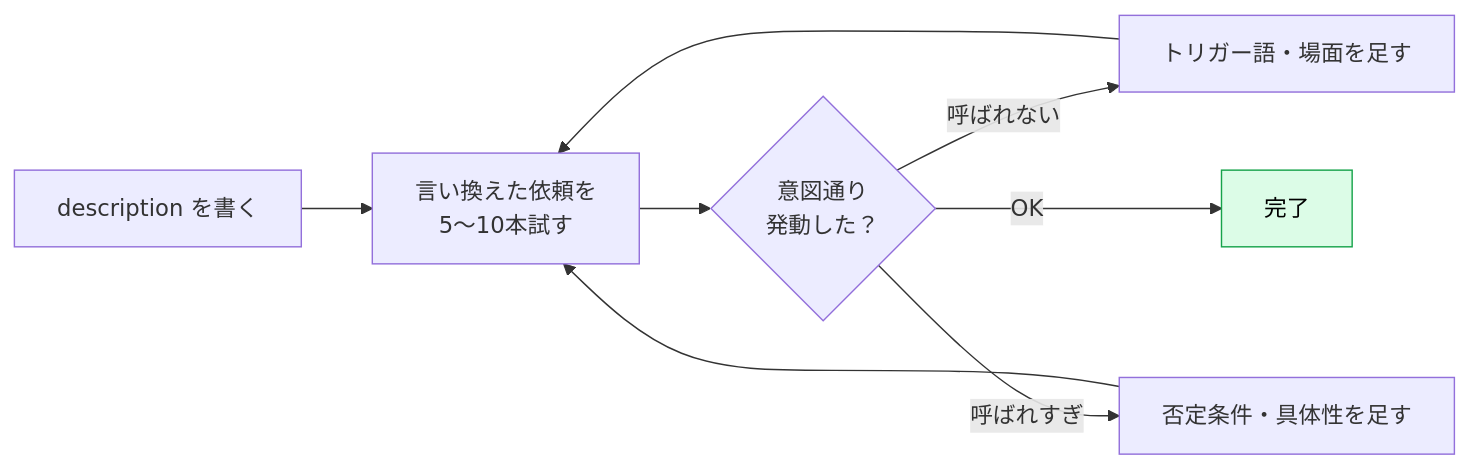
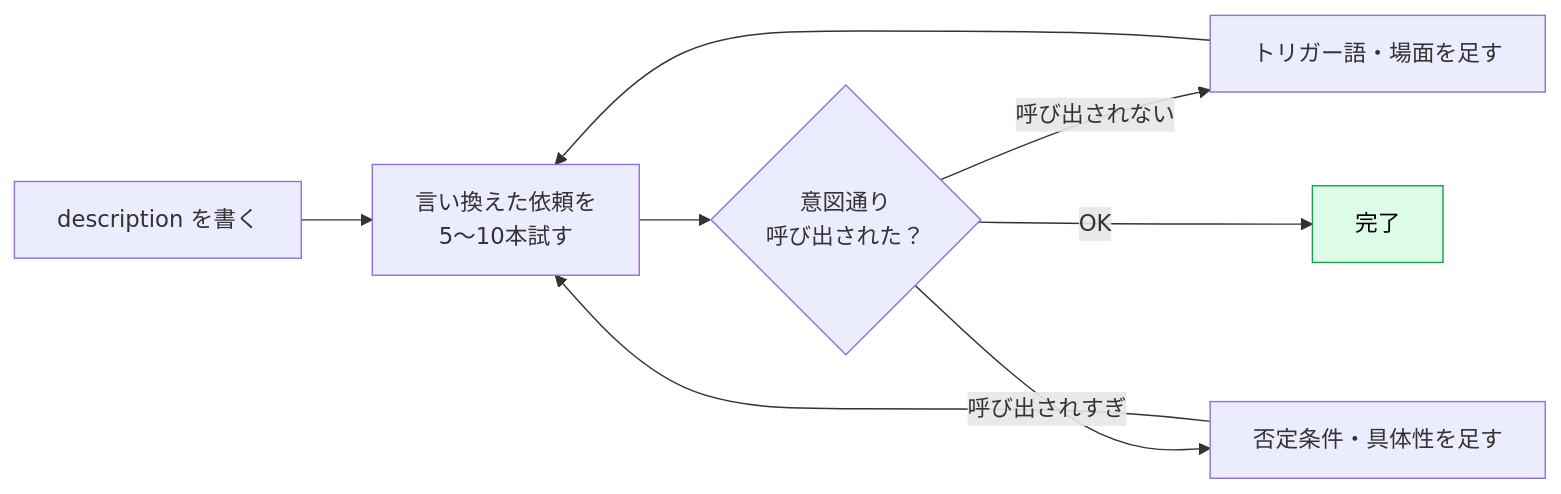
Before and after one commit to takuma39/ai: the second of 2 diagrams in contents/24_skills/02_writing-description.md, drawn with Mermaid. The commit also changed other lines of this file and 26 other files, not shown here.

First line of the commit message:
Add Mermaid configuration and skills guide PDF

````diff
--- a/contents/24_skills/02_writing-description.md
+++ b/contents/24_skills/02_writing-description.md
@@ -101,12 +101,12 @@
 ```mermaid
 flowchart LR
     A["description を書く"] --> B["言い換えた依頼を<br/>5〜10本試す"]
-    B --> C{"意図通り<br/>発動した？"}
-    C -->|呼ばれない| D["トリガー語・場面を足す"]
-    C -->|呼ばれすぎ| E["否定条件・具体性を足す"]
+    B --> C{"意図通り<br/>呼び出された？"}
+    C -->|呼び出されない| D["トリガー語・場面を足す"]
+    C -->|呼び出されすぎ| E["否定条件・具体性を足す"]
     C -->|OK| F["完了"]
     D --> B
     E --> B
 
     style F fill:#dcfce7,stroke:#16a34a,color:#000
 ```
````
